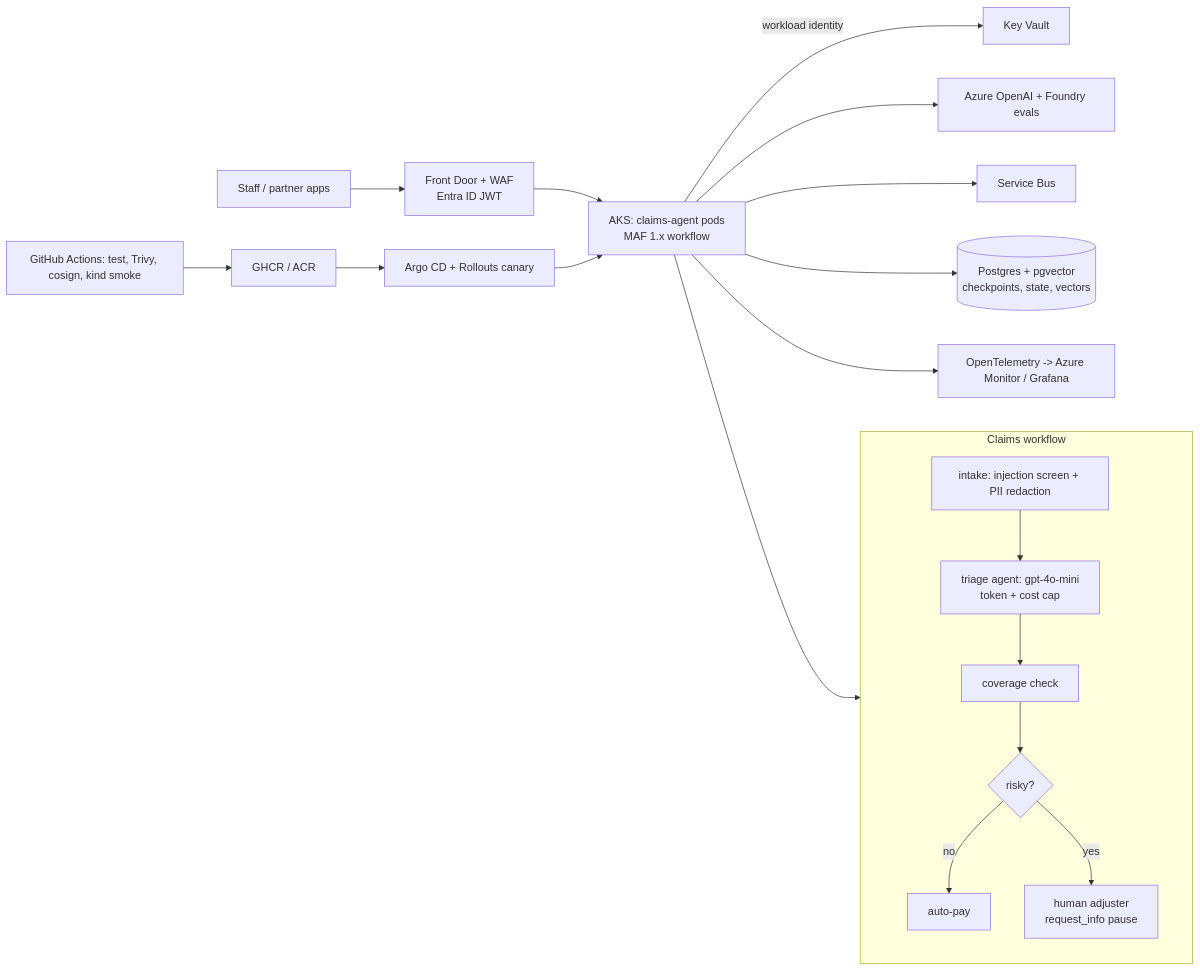
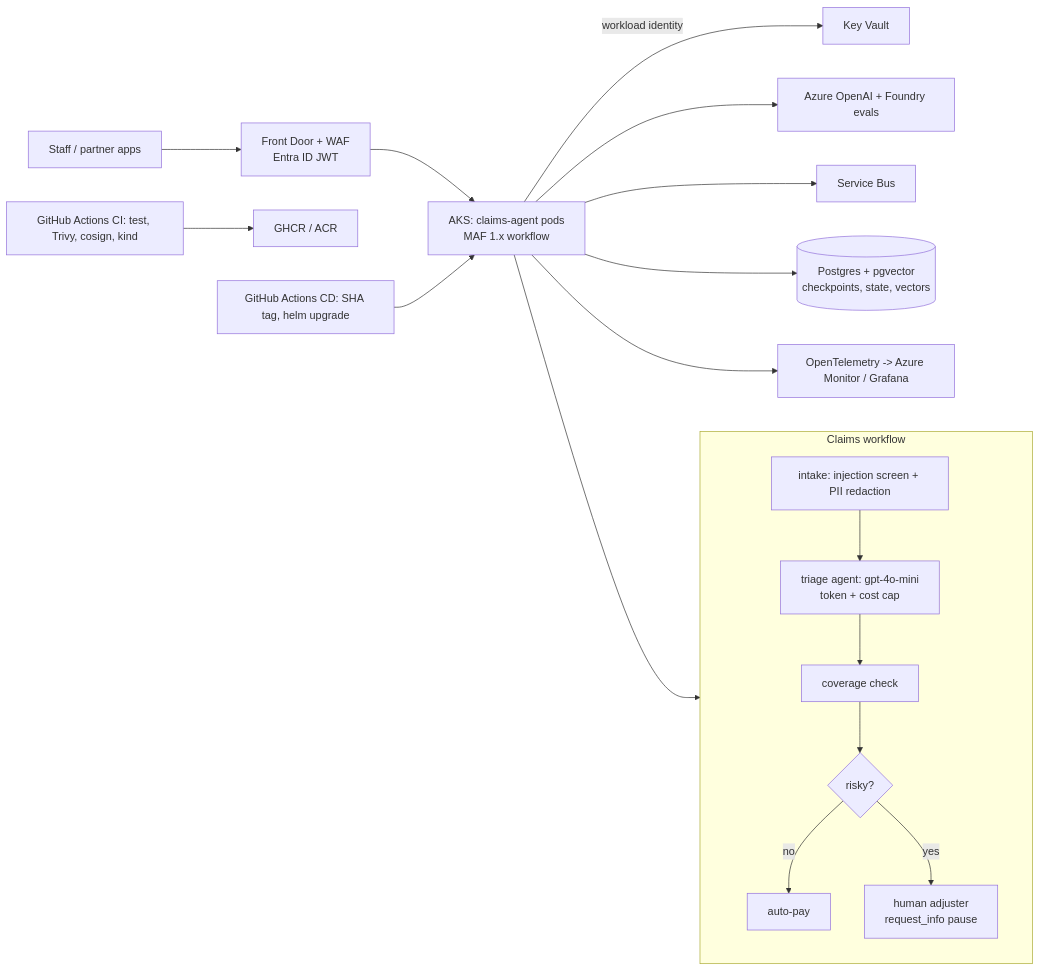
One commit to jagadishmazure-jpg/Jagadish-azure-aks-agent-platform changed the first of 2 diagrams in README.md. Above: the diagram before and after it, drawn with Mermaid. The commit also changed other lines of this file and 28 other files, not shown here.

First line of the commit message:
Replace Jenkins with a GitHub Actions deploy to ACR and AKS.

````diff
--- a/README.md
+++ b/README.md
@@ -36,19 +36,19 @@
 ```mermaid
 flowchart LR
   U[Staff / partner apps] --> FD[Front Door + WAF<br/>Entra ID JWT]
   FD --> AKS[AKS: claims-agent pods<br/>MAF 1.x workflow]
   subgraph WF[Claims workflow]
     I[intake: injection screen + PII redaction] --> T[triage agent: gpt-4o-mini<br/>token + cost cap]
     T --> C[coverage check] --> D{risky?}
     D -- no --> P[auto-pay]
     D -- yes --> H[human adjuster<br/>request_info pause]
   end
   AKS --> WF
   AKS -- workload identity --> KV[Key Vault]
   AKS --> AOAI[Azure OpenAI + Foundry evals]
   AKS --> SB[Service Bus]
   AKS --> PG[(Postgres + pgvector<br/>checkpoints, state, vectors)]
   AKS --> OTel[OpenTelemetry -> Azure Monitor / Grafana]
-  GH[GitHub Actions: test, Trivy, cosign, kind smoke] --> REG[GHCR / ACR]
-  REG --> ARGO[Argo CD + Rollouts canary] --> AKS
+  GH[GitHub Actions CI: test, Trivy, cosign, kind] --> REG[GHCR / ACR]
+  CD[GitHub Actions CD: SHA tag, helm upgrade] --> AKS
 ```
````
